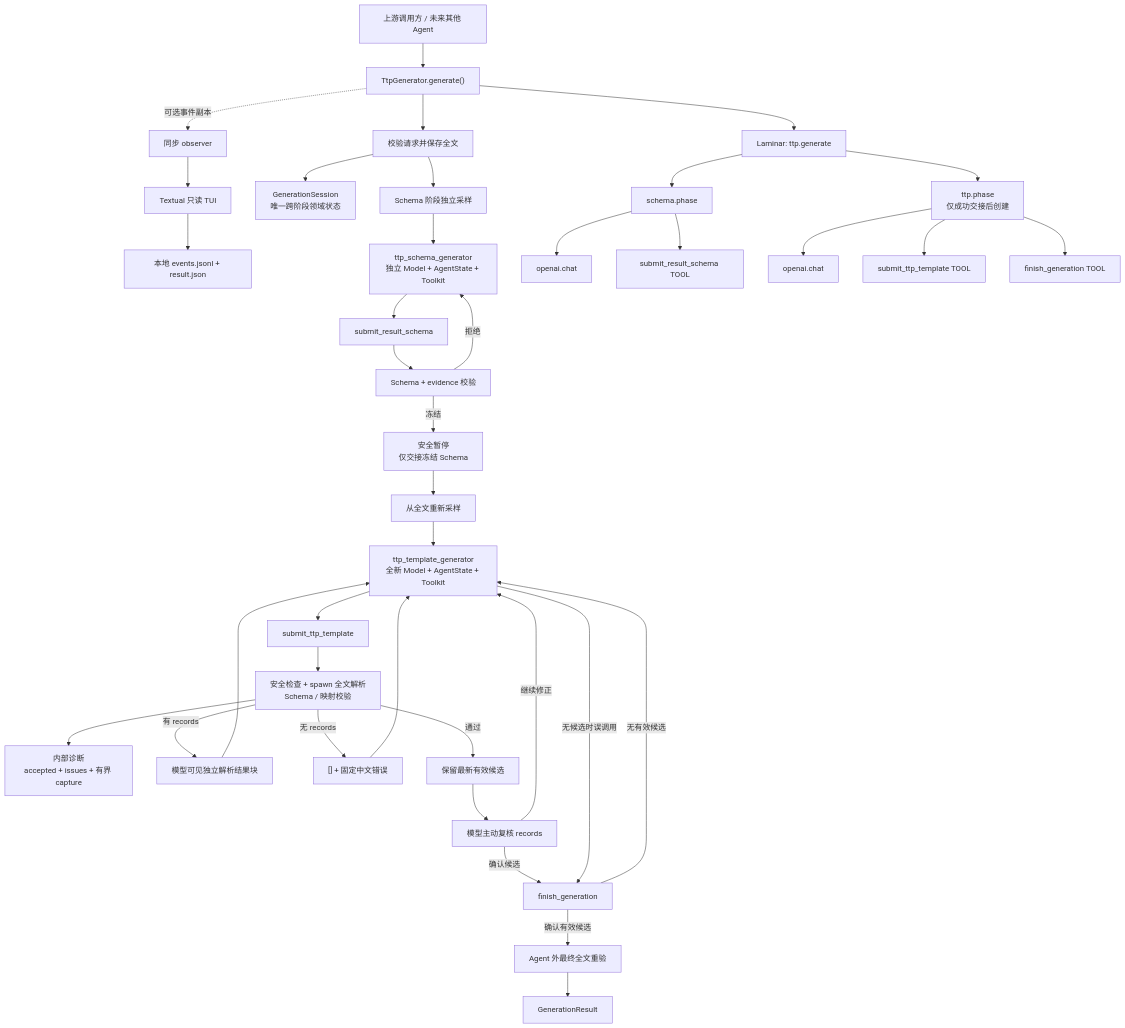
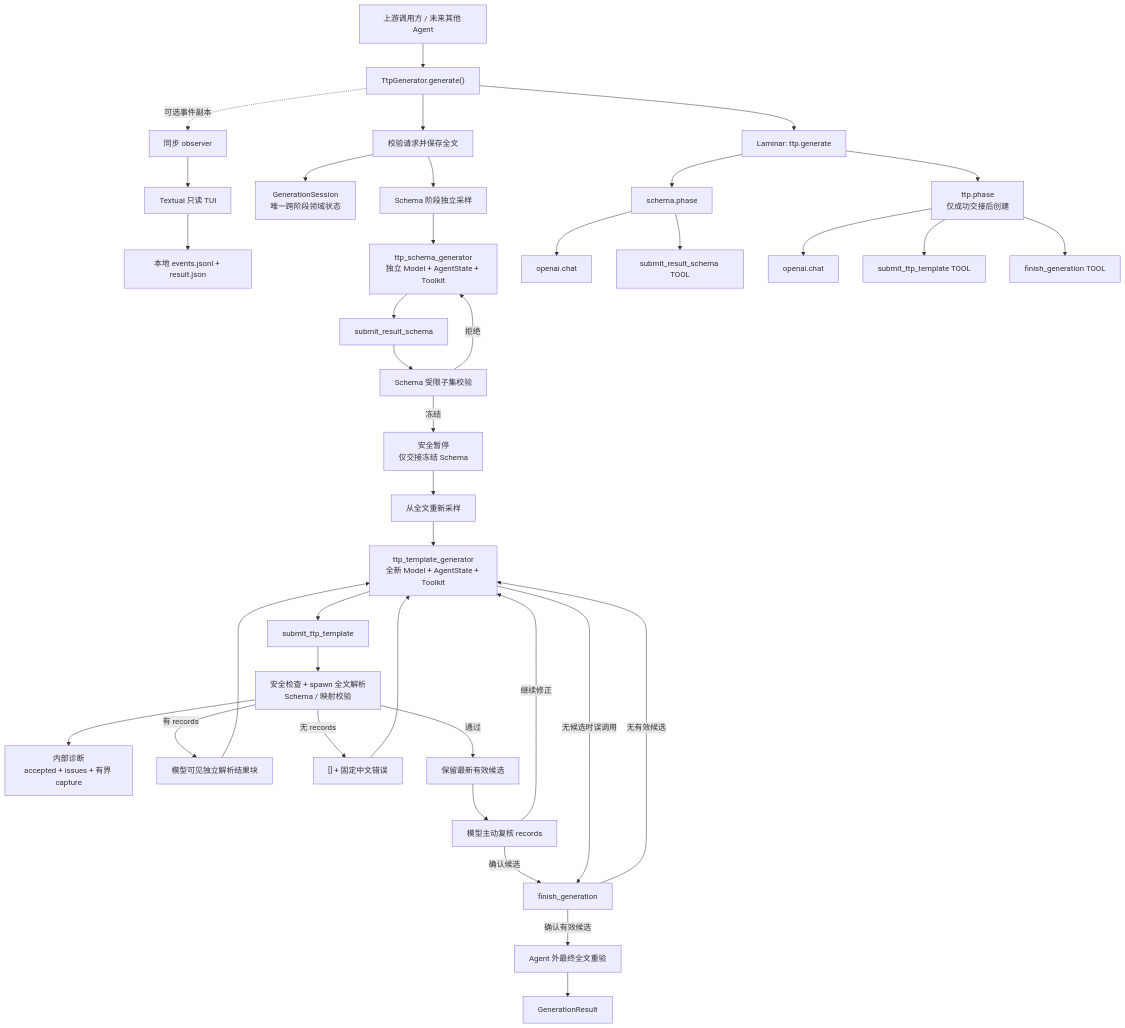
The diagram in docs/agent-architecture-and-runtime.md (Madolkke/cli-parser), drawn with Mermaid before and after one commit. The commit also changed other lines of this file and 28 other files, not shown here.

Commit message:
refactor: remove schema evidence submission

````diff
--- a/docs/agent-architecture-and-runtime.md
+++ b/docs/agent-architecture-and-runtime.md
@@ -11,43 +11,43 @@
 ```mermaid
 flowchart TD
     U["上游调用方 / 未来其他 Agent"] --> API["TtpGenerator.generate()"]
     API --> REQ["校验请求并保存全文"]
     API --> ROOT["Laminar: ttp.generate"]
     API -. "可选事件副本" .-> OBS["同步 observer"]
     OBS --> TUI["Textual 只读 TUI"]
     TUI --> LOCAL["本地 events.jsonl + result.json"]
 
     REQ --> SESSION["GenerationSession<br/>唯一跨阶段领域状态"]
     REQ --> SSAMPLE["Schema 阶段独立采样"]
     SSAMPLE --> SAGENT["ttp_schema_generator<br/>独立 Model + AgentState + Toolkit"]
     SAGENT --> STOOL["submit_result_schema"]
-    STOOL --> SVALIDATE["Schema + evidence 校验"]
+    STOOL --> SVALIDATE["Schema 受限子集校验"]
     SVALIDATE -->|拒绝| SAGENT
     SVALIDATE -->|冻结| HANDOFF["安全暂停<br/>仅交接冻结 Schema"]
 
     HANDOFF --> TSAMPLE["从全文重新采样"]
     TSAMPLE --> TAGENT["ttp_template_generator<br/>全新 Model + AgentState + Toolkit"]
     TAGENT --> TTOOL["submit_ttp_template"]
     TTOOL --> TVALIDATE["安全检查 + spawn 全文解析<br/>Schema / 映射校验"]
     TVALIDATE --> DIAGNOSTIC["内部诊断<br/>accepted + issues + 有界 capture"]
     TVALIDATE -->|有 records| MATCH["模型可见独立解析结果块"]
     TVALIDATE -->|无 records| EMPTY["[] + 固定中文错误"]
     MATCH --> TAGENT
     EMPTY --> TAGENT
     TVALIDATE -->|通过| CANDIDATE["保留最新有效候选"]
     CANDIDATE --> REVIEW["模型主动复核 records"]
     REVIEW -->|继续修正| TAGENT
     REVIEW -->|确认候选| FTOOL["finish_generation"]
     TAGENT -->|无候选时误调用| FTOOL
     FTOOL -->|无有效候选| TAGENT
     FTOOL -->|确认有效候选| FINAL["Agent 外最终全文重验"]
     FINAL --> RESULT["GenerationResult"]
 
     ROOT --> SPHASE["schema.phase"]
     SPHASE --> SLLM["openai.chat"]
     SPHASE --> STOOLSPAN["submit_result_schema TOOL"]
     ROOT --> TPHASE["ttp.phase<br/>仅成功交接后创建"]
     TPHASE --> TLLM["openai.chat"]
     TPHASE --> TTOOLSPAN["submit_ttp_template TOOL"]
     TPHASE --> FTOOLSPAN["finish_generation TOOL"]
 ```
````
